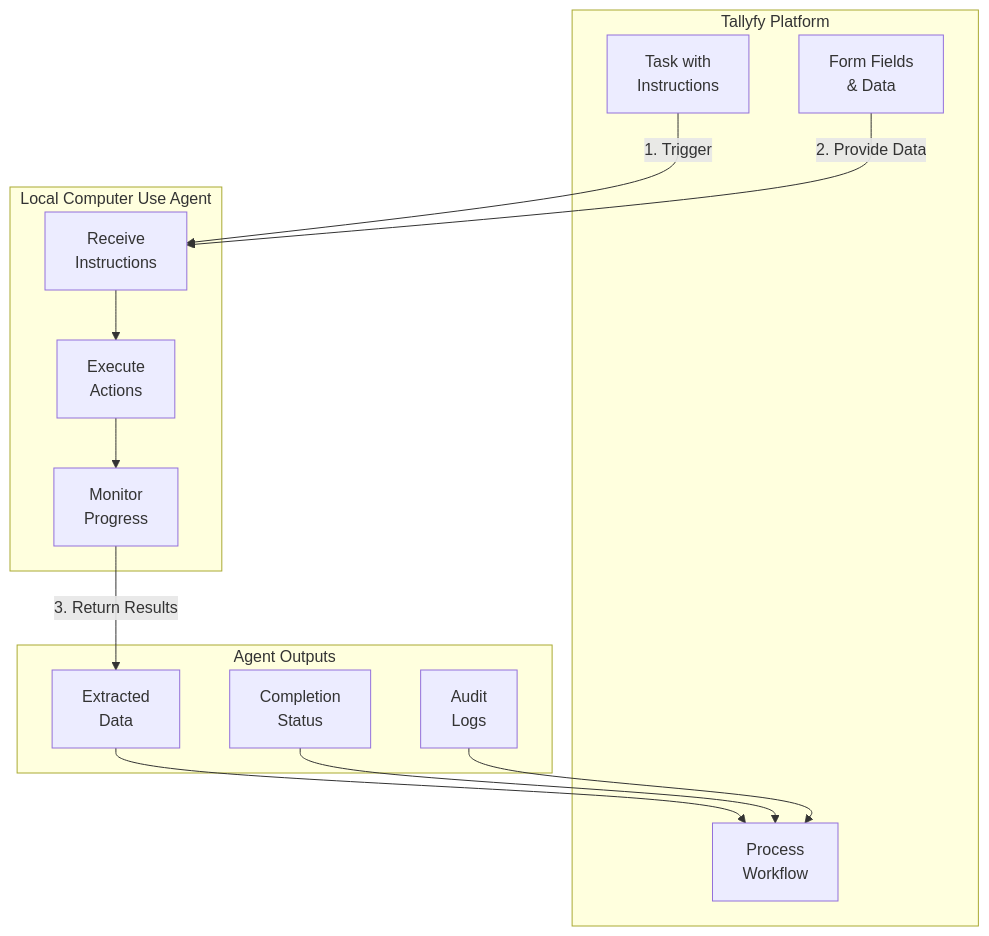
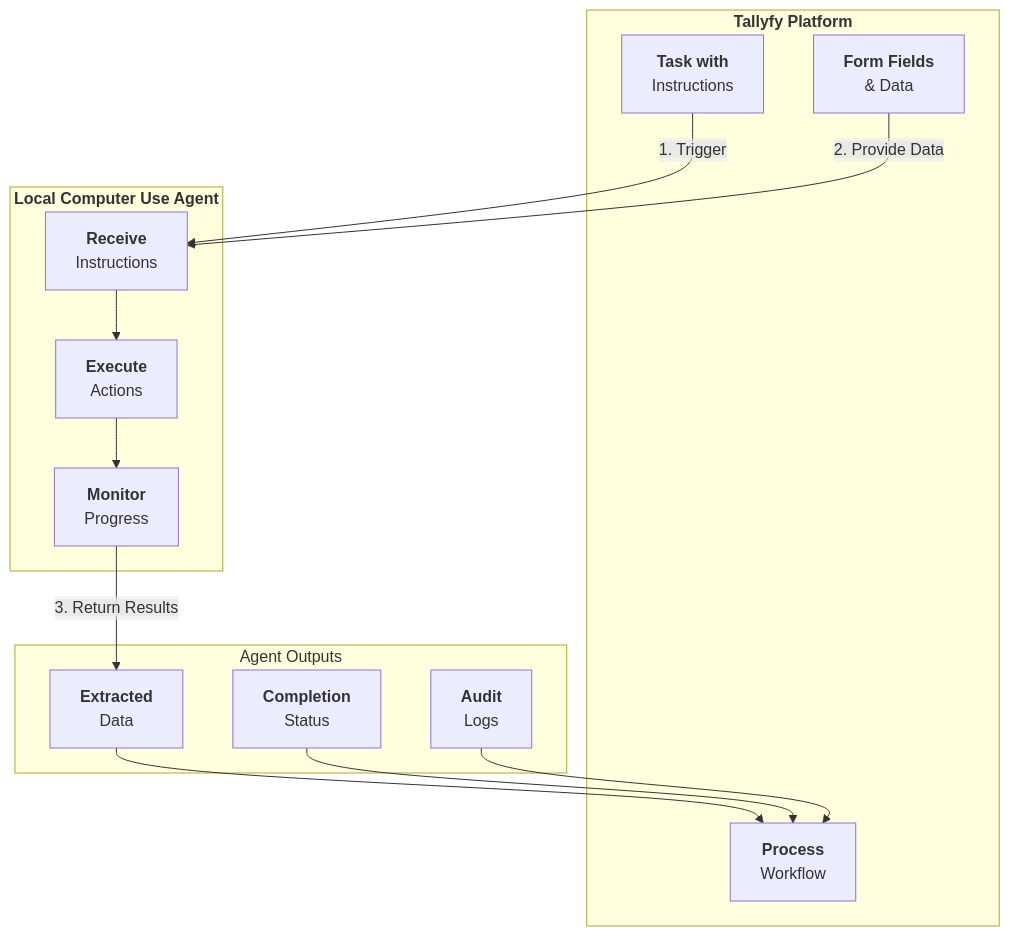
The second of 2 diagrams in src/content/docs/pro/integrations/computer-ai-agents/local-computer-use-agents.mdx (tallyfy/documentation), drawn with Mermaid before and after one commit. The commit also changed other lines of this file and 22 other files, not shown here.

Commit message:
Adding changes to Mermaid

````diff
--- a/src/content/docs/pro/integrations/computer-ai-agents/local-computer-use-agents.mdx
+++ b/src/content/docs/pro/integrations/computer-ai-agents/local-computer-use-agents.mdx
@@ -506,33 +514,42 @@
 ```mermaid
 flowchart TD
-    subgraph Tallyfy[Tallyfy Platform]
-        Task[Task with<br/>Instructions]
-        Forms[Form Fields<br/>& Data]
-        Process[Process<br/>Workflow]
+    subgraph Tallyfy["`**Tallyfy Platform**`"]
+        Task["`**Task with**
+Instructions`"]
+        Forms["`**Form Fields**
+& Data`"]
+        Process["`**Process**
+Workflow`"]
     end
     
-    subgraph LocalAgent[Local Computer Use Agent]
-        Receive[Receive<br/>Instructions]
-        Execute[Execute<br/>Actions]
-        Monitor[Monitor<br/>Progress]
+    subgraph LocalAgent["`**Local Computer Use Agent**`"]
+        Receive["`**Receive**
+Instructions`"]
+        Execute["`**Execute**
+Actions`"]
+        Monitor["`**Monitor**
+Progress`"]
     end
     
     subgraph Outputs[Agent Outputs]
-        Data[Extracted<br/>Data]
-        Status[Completion<br/>Status]
-        Logs[Audit<br/>Logs]
+        Data["`**Extracted**
+Data`"]
+        Status["`**Completion**
+Status`"]
+        Logs["`**Audit**
+Logs`"]
     end
     
-    Task -->|1. Trigger| Receive
-    Forms -->|2. Provide Data| Receive
+    Task -->|"`1. Trigger`"| Receive
+    Forms -->|"`2. Provide Data`"| Receive
     Receive --> Execute
     Execute --> Monitor
-    Monitor -->|3. Return Results| Data
+    Monitor -->|"`3. Return Results`"| Data
     Data --> Process
     Status --> Process
     Logs --> Process
     
     
     click Task "/products/pro/tracking-and-tasks/tasks/" "Learn about Tallyfy tasks"
     click Forms "/products/pro/tracking-and-tasks/tasks/what-are-form-fields-in-tallyfy/" "Form fields documentation"
 ```
````
